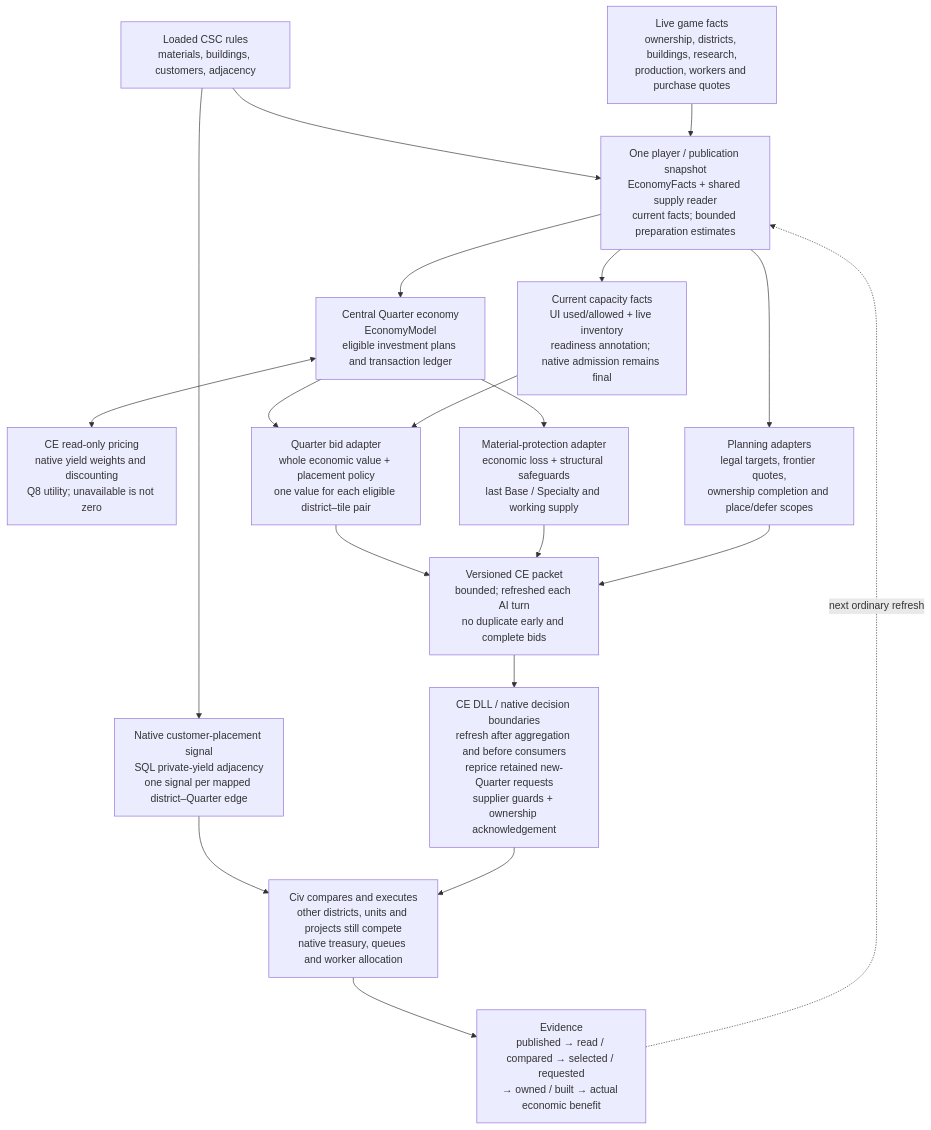
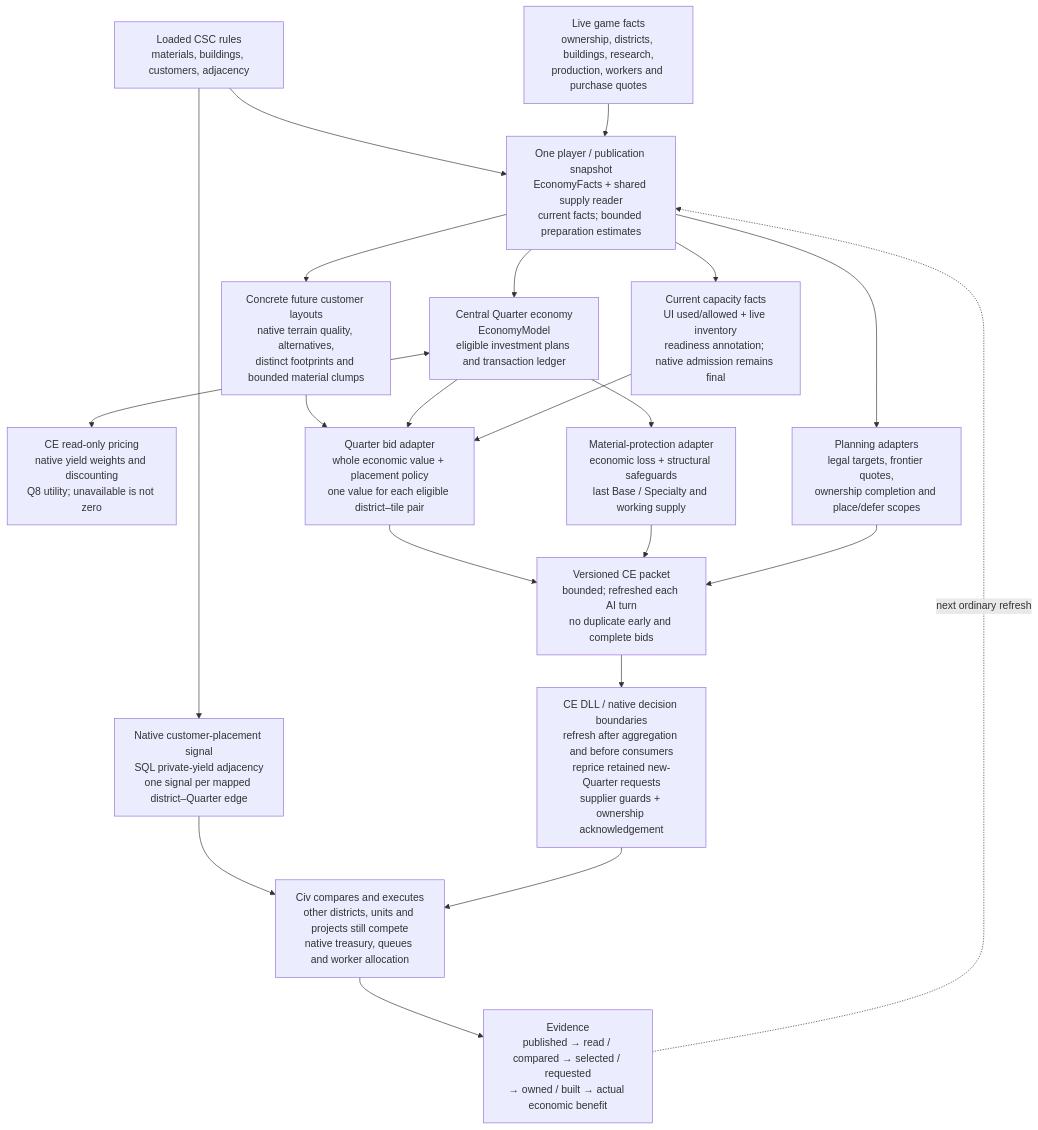
Before and after one commit to hennogous/Henno-Mods: the diagram in project/docs/civ6-ai/architecture.md, drawn with Mermaid. The commit also changed other lines of this file and 13 other files, not shown here.

Commit message:
Plan terrain-aware Quarter customer layouts and strengthen map-quality preferences

````diff
--- a/project/docs/civ6-ai/architecture.md
+++ b/project/docs/civ6-ai/architecture.md
@@ -52,35 +60,37 @@
 ```mermaid
 flowchart TD
     DB["Loaded CSC rules<br/>materials, buildings, customers, adjacency"]
     LIVE["Live game facts<br/>ownership, districts, buildings, research,<br/>production, workers and purchase quotes"]
     FACTS["One player / publication snapshot<br/>EconomyFacts + shared supply reader<br/>current facts; bounded preparation estimates"]
     MODEL["Central Quarter economy<br/>EconomyModel<br/>eligible investment plans and transaction ledger"]
     PRICE["CE read-only pricing<br/>native yield weights and discounting<br/>Q8 utility; unavailable is not zero"]
     SITE["Quarter bid adapter<br/>whole economic value + placement policy<br/>one value for each eligible district–tile pair"]
     CAP["Current capacity facts<br/>UI used/allowed + live inventory<br/>readiness annotation; native admission remains final"]
     PROTECT["Material-protection adapter<br/>economic loss + structural safeguards<br/>last Base / Specialty and working supply"]
     PLAN["Planning adapters<br/>legal targets, frontier quotes,<br/>ownership completion and place/defer scopes"]
     SQL["Native customer-placement signal<br/>SQL private-yield adjacency<br/>one signal per mapped district–Quarter edge"]
     PACKET["Versioned CE packet<br/>bounded; refreshed each AI turn<br/>no duplicate early and complete bids"]
     CE["CE DLL / native decision boundaries<br/>refresh after aggregation and before consumers<br/>reprice retained new-Quarter requests<br/>supplier guards + ownership acknowledgement"]
     CIV["Civ compares and executes<br/>other districts, units and projects still compete<br/>native treasury, queues and worker allocation"]
     OBS["Evidence<br/>published → read / compared → selected / requested<br/>→ owned / built → actual economic benefit"]
     DB --> FACTS
     LIVE --> FACTS
     FACTS --> MODEL
+    FACTS --> SPATIAL["Concrete future customer layouts<br/>native terrain quality, alternatives,<br/>distinct footprints and bounded material clumps"]
+    SPATIAL --> SITE
     MODEL <--> PRICE
     MODEL --> SITE
     FACTS --> CAP
     CAP --> SITE
     MODEL --> PROTECT
     FACTS --> PLAN
     DB --> SQL
     SITE --> PACKET
     PROTECT --> PACKET
     PLAN --> PACKET
     PACKET --> CE
     SQL --> CIV
     CE --> CIV
     CIV --> OBS
     OBS -. "next ordinary refresh" .-> FACTS
 ```
````
